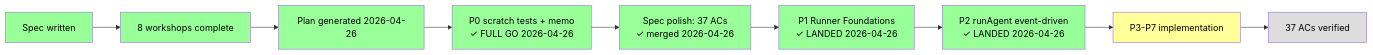
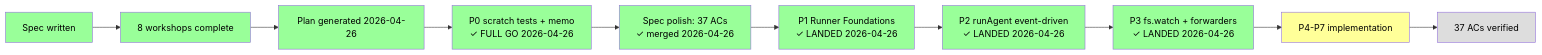
The second of 2 diagrams in docs/plans/007-backgrounding/coordination.fltplan.md (AI-Substrate/minih), drawn with Mermaid before and after one commit. The commit also changed other lines of this file and 20 other files, not shown here.

````diff
--- a/docs/plans/007-backgrounding/coordination.fltplan.md
+++ b/docs/plans/007-backgrounding/coordination.fltplan.md
@@ -146,25 +146,27 @@
 ```mermaid
 graph LR
     Spec[Spec written]:::done
     WS[8 workshops complete]:::done
     Plan[Plan generated 2026-04-26]:::done
     P0[P0 scratch tests + memo<br/>✓ FULL GO 2026-04-26]:::done
     SP[Spec polish: 37 ACs<br/>✓ merged 2026-04-26]:::done
     P1[P1 Runner Foundations<br/>✓ LANDED 2026-04-26]:::done
     P2[P2 runAgent event-driven<br/>✓ LANDED 2026-04-26]:::done
-    Phases[P3-P7 implementation]:::next
+    P3L[P3 fs.watch + forwarders<br/>✓ LANDED 2026-04-26]:::done
+    Remaining[P4-P7 implementation]:::next
     Done[37 ACs verified]:::pending
 
     Spec --> WS
     WS --> Plan
     Plan --> P0
     P0 --> SP
     SP --> P1
     P1 --> P2
-    P2 --> Phases
-    Phases --> Done
+    P2 --> P3L
+    P3L --> Remaining
+    Remaining --> Done
 
     classDef done fill:#9f9,color:#000
     classDef next fill:#ff9,color:#000
     classDef pending fill:#ddd,color:#000
 ```
````
